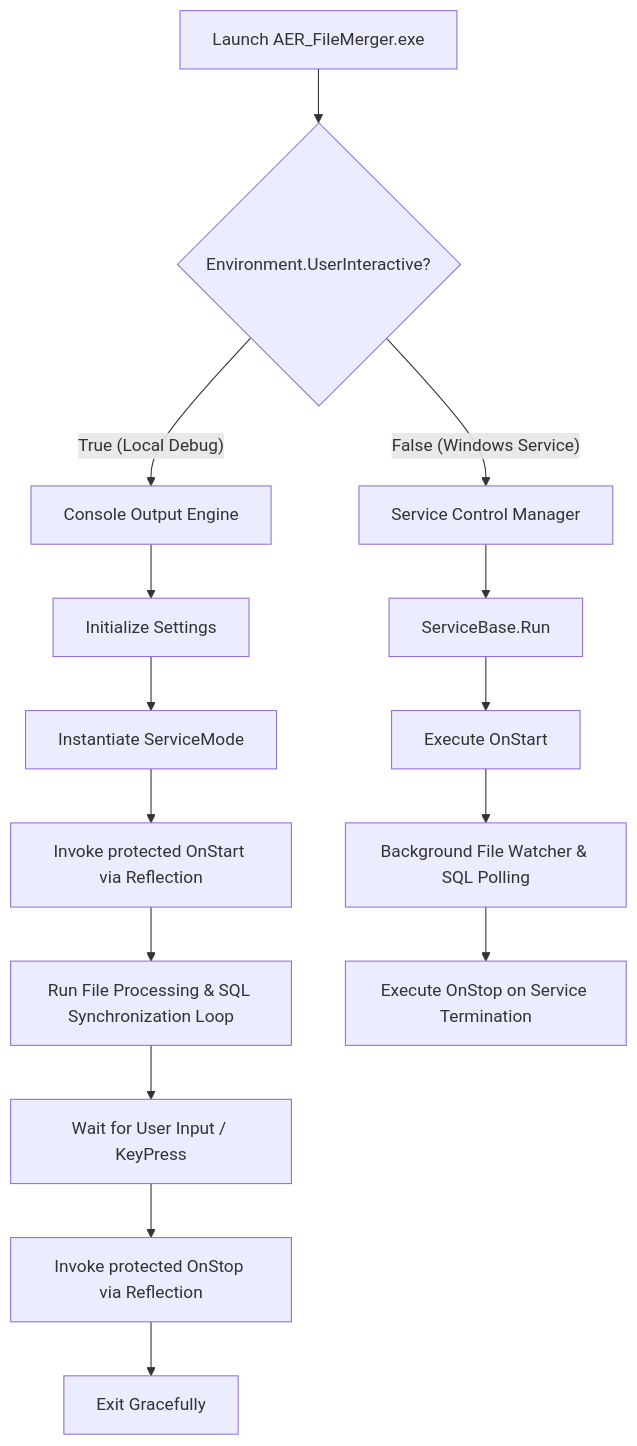
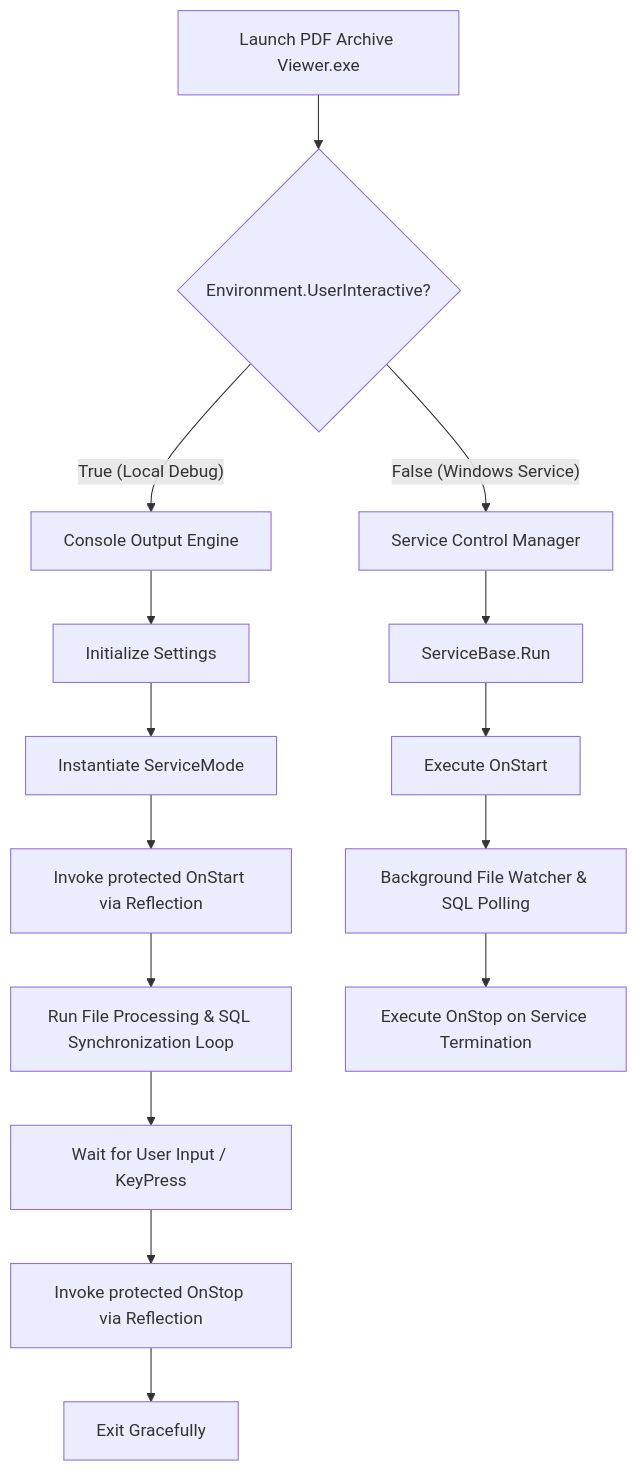
The first of 2 diagrams in readme.md (abimbkenny/PdfArchiveViewer2), drawn with Mermaid before and after one commit. The commit also changed other lines of this file, not shown here.

Commit message:
Rename project  to PDF Archive Viewer

````diff
--- a/readme.md
+++ b/readme.md
@@ -31,21 +31,21 @@
 ```mermaid
 graph TD
-    A[Launch AER_FileMerger.exe] --> B{Environment.UserInteractive?}
+    A[Launch PDF Archive Viewer.exe] --> B{Environment.UserInteractive?}
     
     %% Interactive Branch
     B -- True (Local Debug) --> C[Console Output Engine]
     C --> D[Initialize Settings]
     D --> E[Instantiate ServiceMode]
     E --> F[Invoke protected OnStart via Reflection]
     F --> G[Run File Processing & SQL Synchronization Loop]
     G --> H[Wait for User Input / KeyPress]
     H --> I[Invoke protected OnStop via Reflection]
     I --> J[Exit Gracefully]
 
     %% Production Service Branch
     B -- False (Windows Service) --> K[Service Control Manager]
     K --> L[ServiceBase.Run]
     L --> M[Execute OnStart]
     M --> N[Background File Watcher & SQL Polling]
     N --> O[Execute OnStop on Service Termination]
 ```
````
